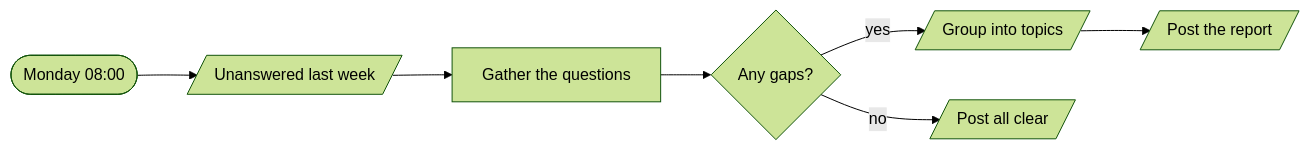
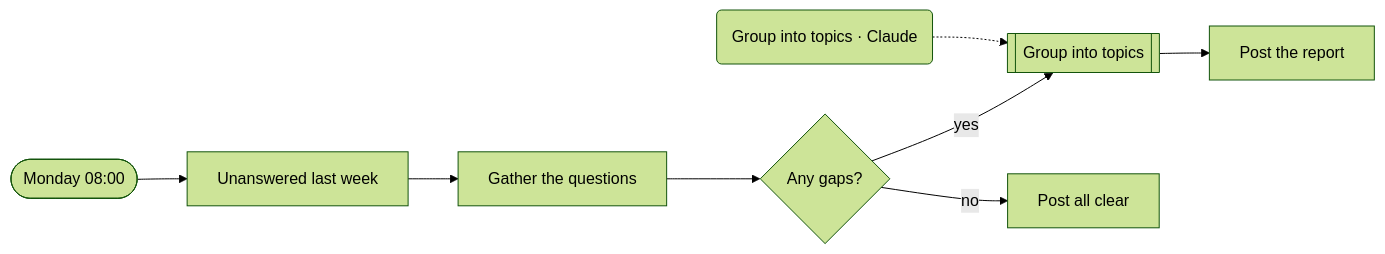
One commit to kimjoshuadr/n8n-workflows changed the third of 3 diagrams in systems/support-agent/README.md. Above: the diagram before and after it, drawn with Mermaid (forest theme). The commit also changed other lines of this file and 184 other files, not shown here.

Commit message:
Finish the move to named platforms: blocks, BambooHR, generated README, schema and platform marks

````diff
--- a/systems/support-agent/README.md
+++ b/systems/support-agent/README.md
@@ -143,16 +145,18 @@
 ```mermaid
 flowchart LR
   n1pl2pmx(["Monday 08:00"])
-  nqvyoqj[/"Unanswered last week"/]
+  nqvyoqj["Unanswered last week"]
   n1b0gn8g["Gather the questions"]
   ne9k16v{"Any gaps?"}
-  nq48i2k[/"Group into topics"/]
-  n1fshfek[/"Post the report"/]
-  nxl0tpx[/"Post all clear"/]
+  nq48i2k[["Group into topics"]]
+  n10rlqp7("Group into topics · Claude")
+  n1fshfek["Post the report"]
+  nxl0tpx["Post all clear"]
   n1pl2pmx --> nqvyoqj
   nqvyoqj --> n1b0gn8g
   n1b0gn8g --> ne9k16v
   ne9k16v -->|yes| nq48i2k
   nq48i2k --> n1fshfek
   ne9k16v -->|no| nxl0tpx
+  n10rlqp7 -.-> nq48i2k
 ```
````
